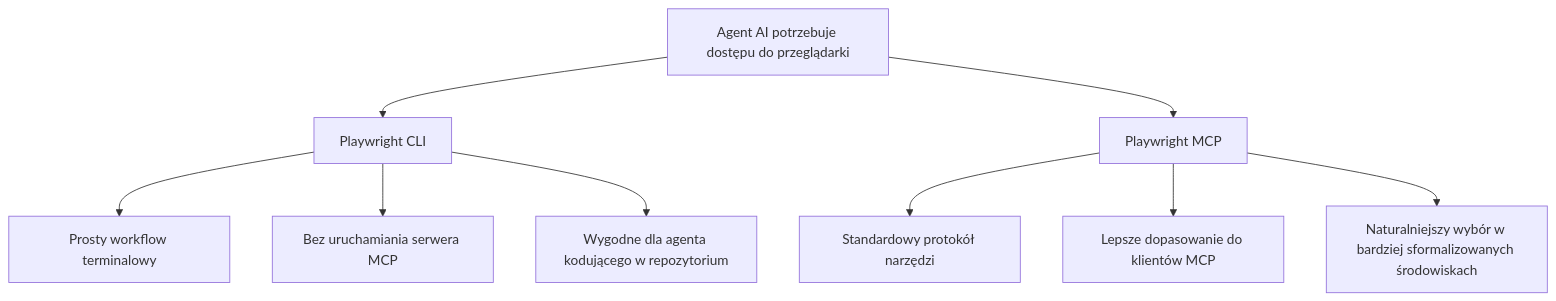
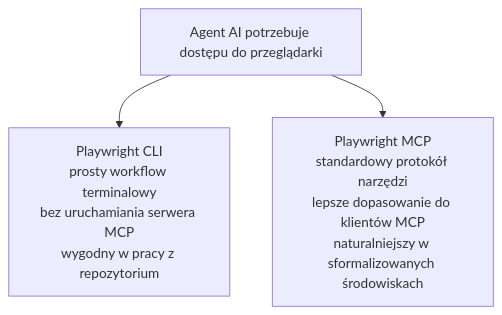
One commit to AI-Testers-pl/playwright-multiagent-demo changed the diagram in BONUS-playwright-cli-vs-mcp.md. Above: the diagram before and after it, drawn with Mermaid.

Commit message:
Compact Playwright bonus diagram

````diff
--- a/BONUS-playwright-cli-vs-mcp.md
+++ b/BONUS-playwright-cli-vs-mcp.md
@@ -120,15 +120,6 @@
 ```mermaid
 flowchart TD
     A["Agent AI potrzebuje dostępu do przeglądarki"]
-
-    A --> B["Playwright CLI"]
-    A --> C["Playwright MCP"]
-
-    B --> B1["Prosty workflow terminalowy"]
-    B --> B2["Bez uruchamiania serwera MCP"]
-    B --> B3["Wygodne dla agenta kodującego w repozytorium"]
-
-    C --> C1["Standardowy protokół narzędzi"]
-    C --> C2["Lepsze dopasowanie do klientów MCP"]
-    C --> C3["Naturalniejszy wybór w bardziej sformalizowanych środowiskach"]
+    A --> B["Playwright CLI<br/>prosty workflow terminalowy<br/>bez uruchamiania serwera MCP<br/>wygodny w pracy z repozytorium"]
+    A --> C["Playwright MCP<br/>standardowy protokół narzędzi<br/>lepsze dopasowanie do klientów MCP<br/>naturalniejszy w sformalizowanych środowiskach"]
 ```
````
